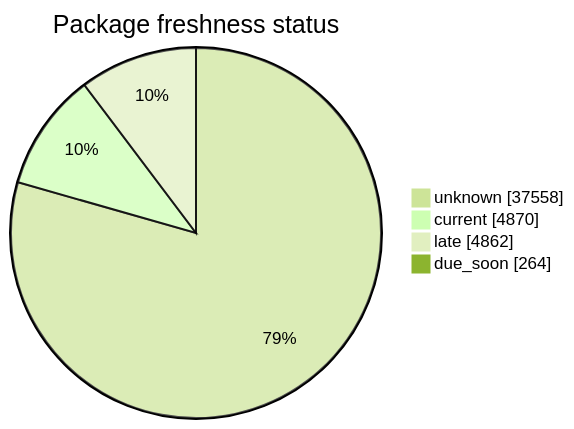
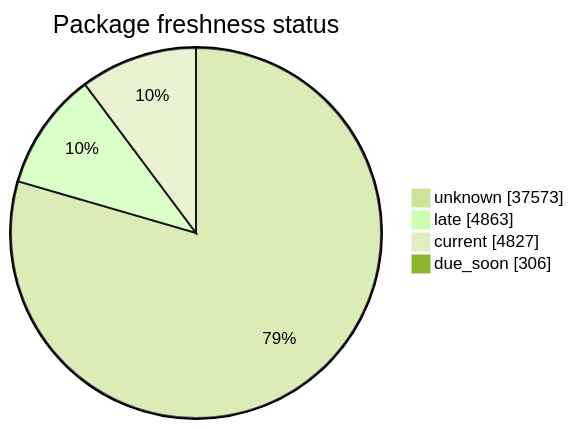
The second of 5 diagrams in FreshCheck/README.md (open-data/analytics-corporate-reporting), drawn with Mermaid (forest theme) before and after one commit. The commit also changed other lines of this file and 3 other files, not shown here.

````diff
--- a/FreshCheck/README.md
+++ b/FreshCheck/README.md
@@ -69,7 +69,7 @@
 ```mermaid
 pie showData title Package freshness status
-    "unknown": 37558
-    "current": 4870
-    "late": 4862
-    "due_soon": 264
+    "unknown": 37573
+    "late": 4863
+    "current": 4827
+    "due_soon": 306
 ```
````
